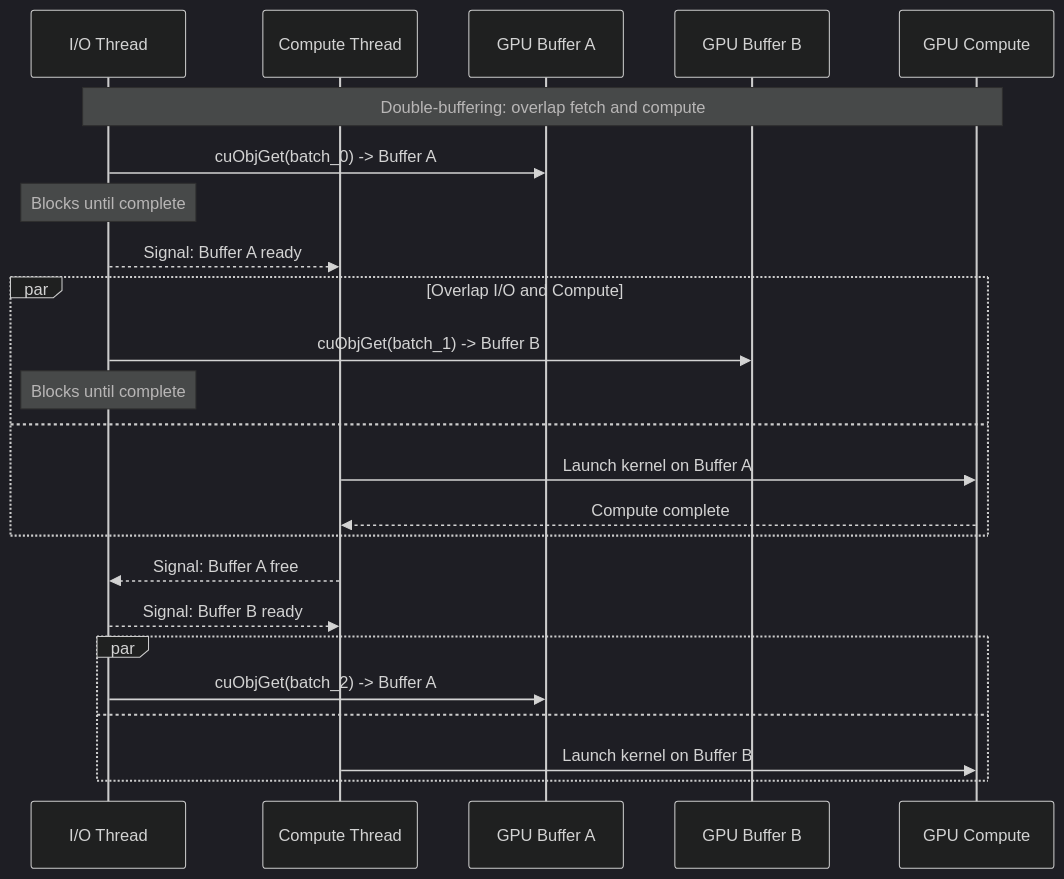
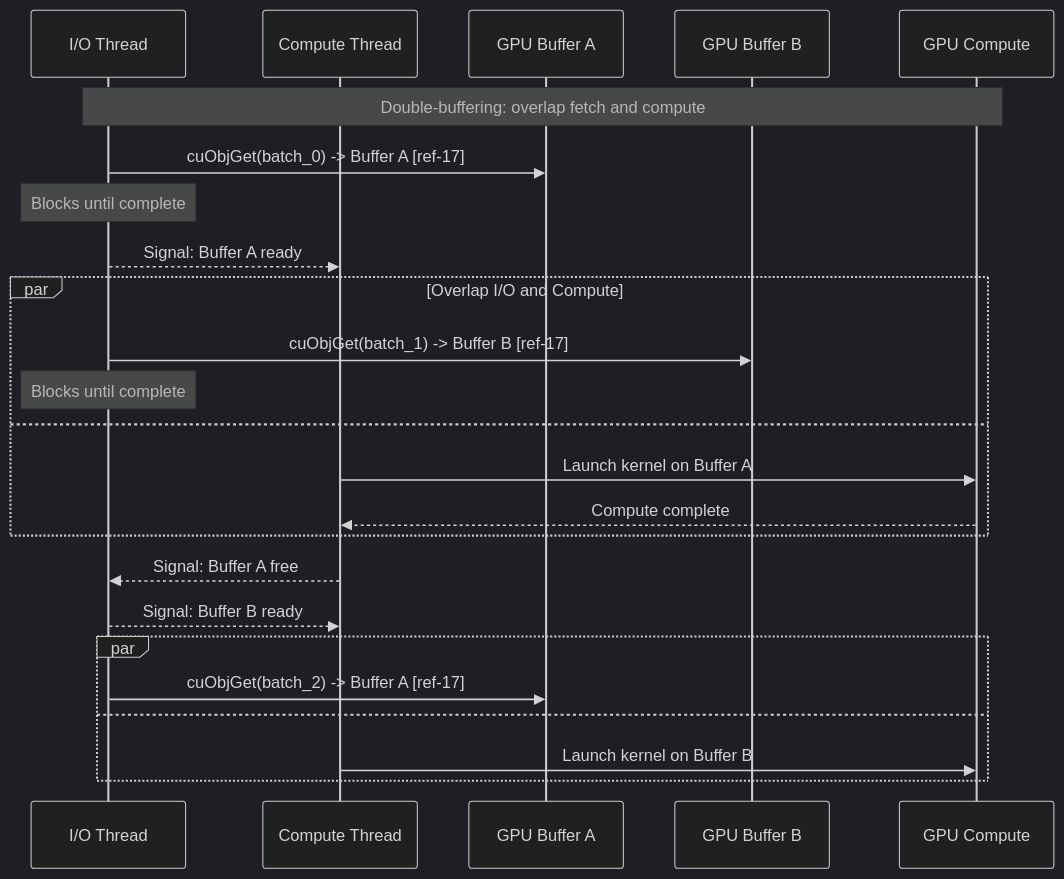
One commit to ptlrs/ozone changed the ninth of 17 diagrams in docs/gds-dn-direct-rdma-implementation-spec.md. Above: the diagram before and after it, drawn with Mermaid (dark theme). The commit also changed other lines of this file, not shown here.

Commit message:
GPUDIRECT. Update GPUDirect Storage spec to version 3.0 with phased S3 GET RDMA integration details

````diff
--- a/docs/gds-dn-direct-rdma-implementation-spec.md
+++ b/docs/gds-dn-direct-rdma-implementation-spec.md
@@ -518,29 +557,30 @@
 ```mermaid
 sequenceDiagram
   participant Thread_IO as I/O Thread
   participant Thread_Compute as Compute Thread
   participant BufA as GPU Buffer A
   participant BufB as GPU Buffer B
   participant GPU as GPU Compute
-  Note over Thread_IO, GPU: Double-buffering: overlap fetch and compute
-  Thread_IO ->> BufA: cuObjGet(batch_0) -> Buffer A
+
+  Note over Thread_IO,GPU: Double-buffering: overlap fetch and compute
+  Thread_IO ->> BufA: cuObjGet(batch_0) -> Buffer A [ref-17]
   Note over Thread_IO: Blocks until complete
   Thread_IO -->> Thread_Compute: Signal: Buffer A ready
 
   par Overlap I/O and Compute
-    Thread_IO ->> BufB: cuObjGet(batch_1) -> Buffer B
+    Thread_IO ->> BufB: cuObjGet(batch_1) -> Buffer B [ref-17]
     Note over Thread_IO: Blocks until complete
   and
     Thread_Compute ->> GPU: Launch kernel on Buffer A
     GPU -->> Thread_Compute: Compute complete
   end
 
   Thread_Compute -->> Thread_IO: Signal: Buffer A free
   Thread_IO -->> Thread_Compute: Signal: Buffer B ready
 
   par
-    Thread_IO ->> BufA: cuObjGet(batch_2) -> Buffer A
+    Thread_IO ->> BufA: cuObjGet(batch_2) -> Buffer A [ref-17]
   and
     Thread_Compute ->> GPU: Launch kernel on Buffer B
   end
 ```
````
